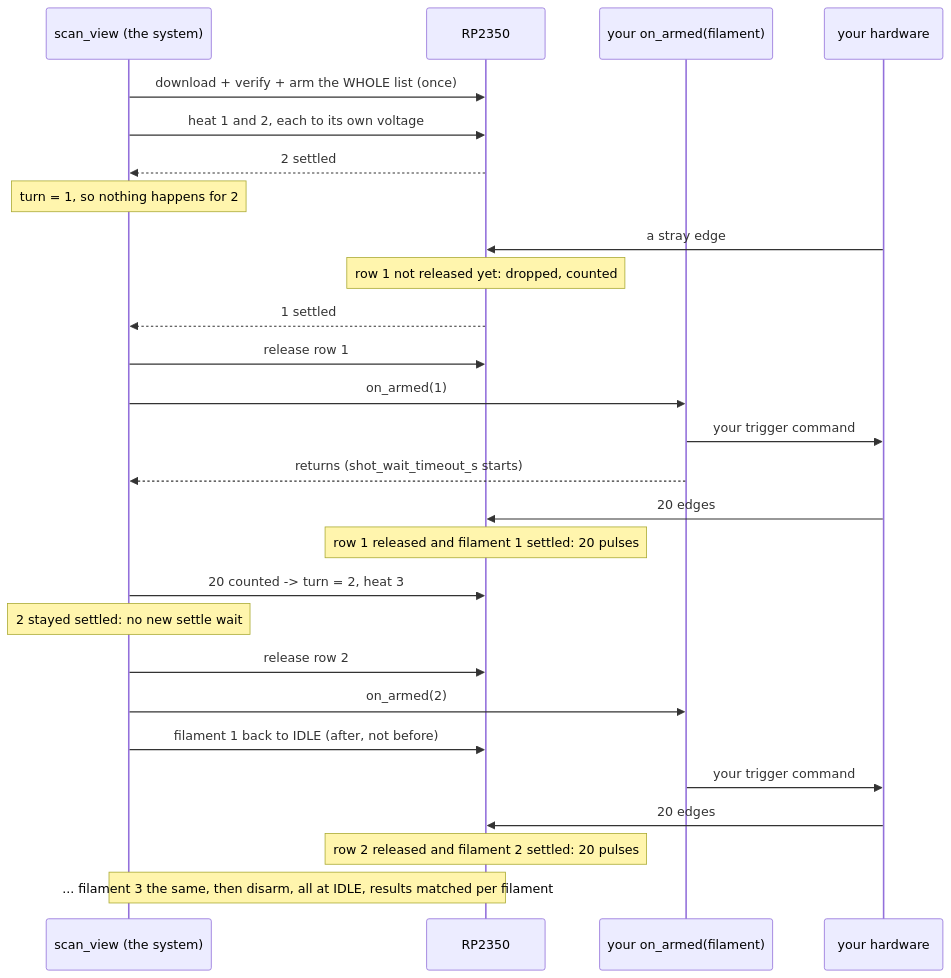
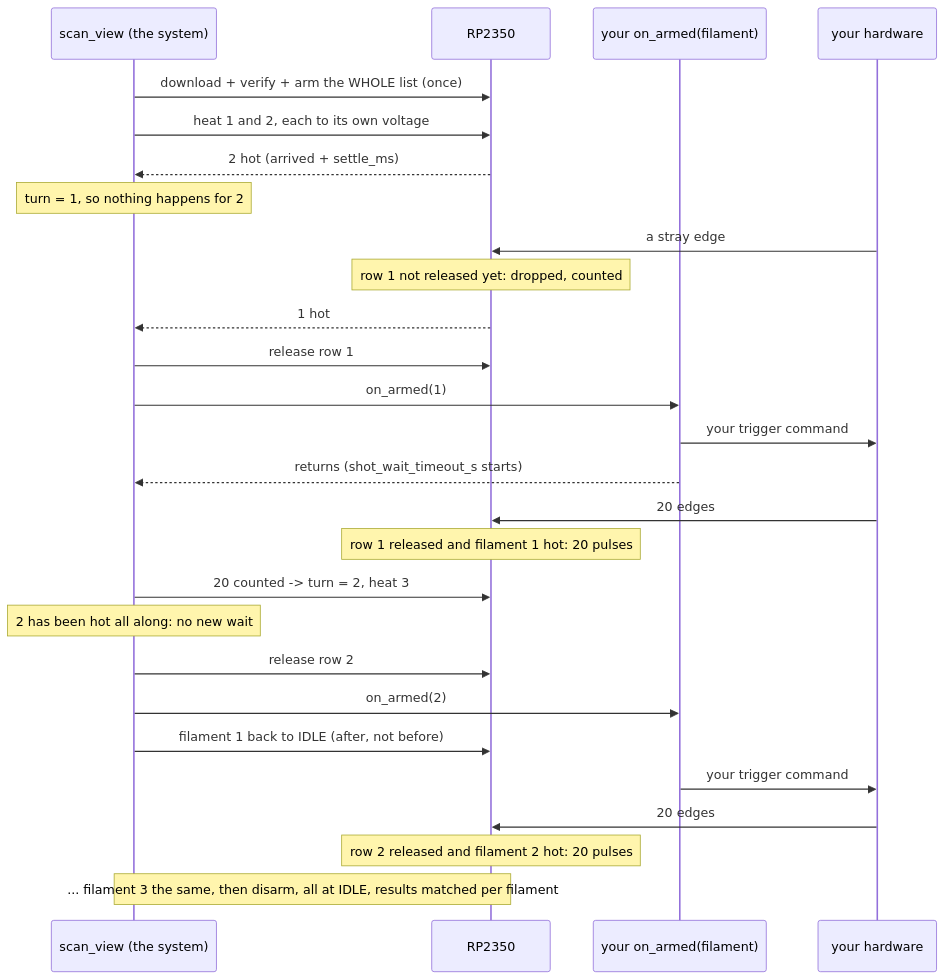
The second of 2 diagrams in docs/scan_view_design.md (civerjia/ct_gui), drawn with Mermaid before and after one commit. The commit also changed other lines of this file, not shown here.

First line of the commit message:
docs(ct): scan_view design -- fire when HOT, not when stable

````diff
--- a/docs/scan_view_design.md
+++ b/docs/scan_view_design.md
@@ -40,29 +54,29 @@
 ```mermaid
 sequenceDiagram
     participant S as scan_view (the system)
     participant R as RP2350
     participant U as your on_armed(filament)
     participant H as your hardware
     S->>R: download + verify + arm the WHOLE list (once)
     S->>R: heat 1 and 2, each to its own voltage
-    R-->>S: 2 settled
+    R-->>S: 2 hot (arrived + settle_ms)
     Note over S: turn = 1, so nothing happens for 2
     H->>R: a stray edge
     Note over R: row 1 not released yet: dropped, counted
-    R-->>S: 1 settled
+    R-->>S: 1 hot
     S->>R: release row 1
     S->>U: on_armed(1)
     U->>H: your trigger command
     U-->>S: returns (shot_wait_timeout_s starts)
     H->>R: 20 edges
-    Note over R: row 1 released and filament 1 settled: 20 pulses
+    Note over R: row 1 released and filament 1 hot: 20 pulses
     S->>R: 20 counted -> turn = 2, heat 3
-    Note over S: 2 stayed settled: no new settle wait
+    Note over S: 2 has been hot all along: no new wait
     S->>R: release row 2
     S->>U: on_armed(2)
     S->>R: filament 1 back to IDLE (after, not before)
     U->>H: your trigger command
     H->>R: 20 edges
-    Note over R: row 2 released and filament 2 settled: 20 pulses
+    Note over R: row 2 released and filament 2 hot: 20 pulses
     Note over S,R: ... filament 3 the same, then disarm, all at IDLE, results matched per filament
 ```
````
